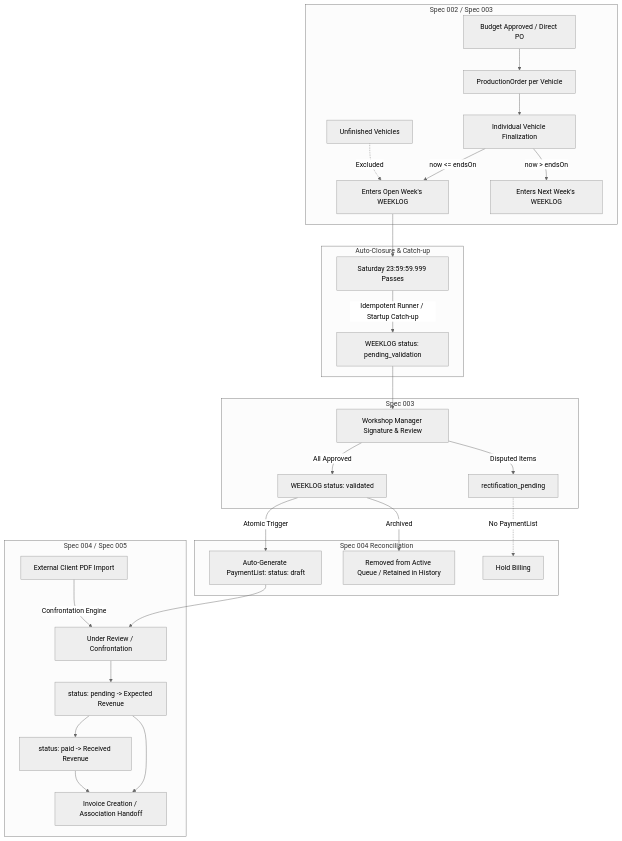
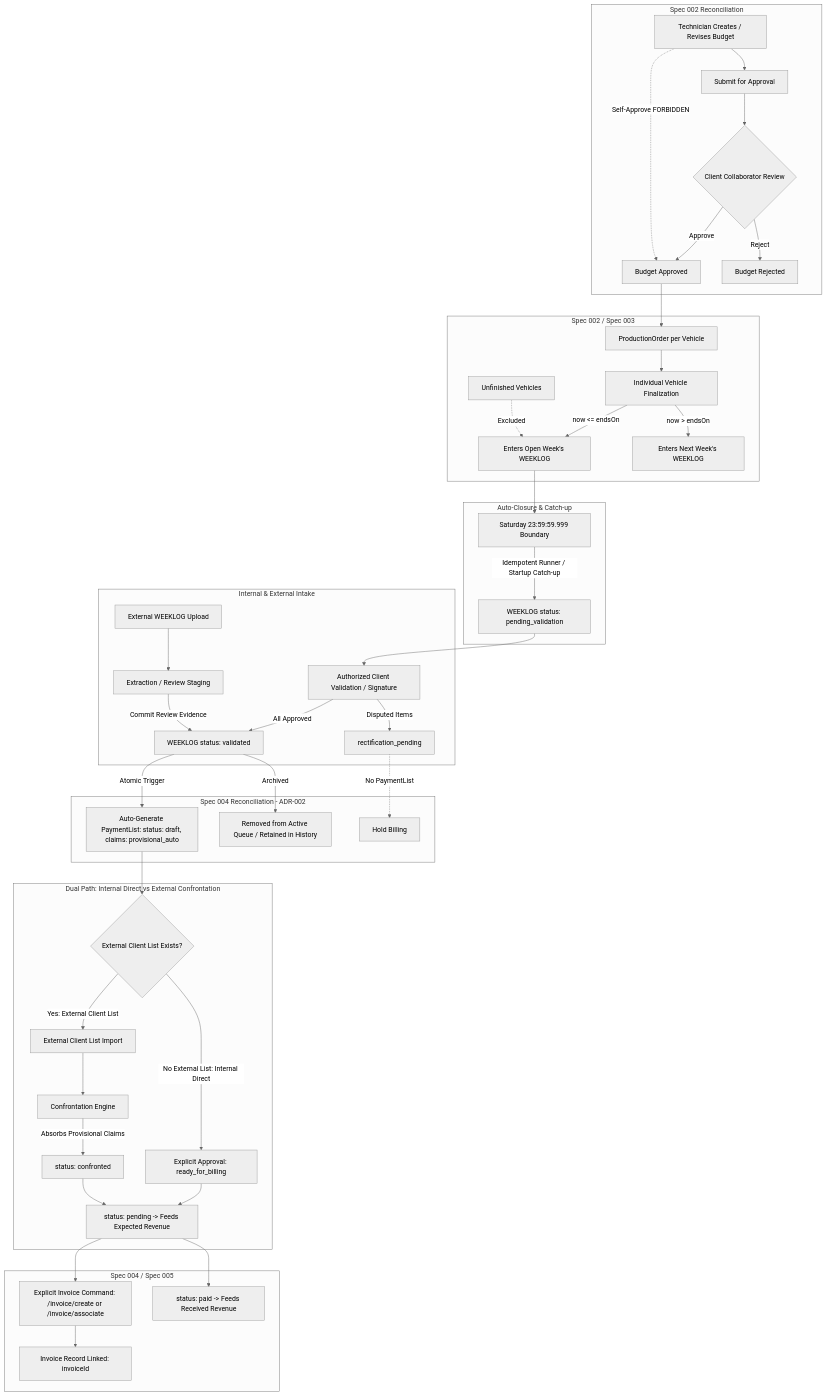
One commit to Alex-Vectis-Projetos/operix changed the diagram in specs/phase1-business-flow-reconciliation/spec.md. Above: the diagram before and after it, drawn with Mermaid (neutral theme). The commit also changed other lines of this file and 5 other files, not shown here.

````diff
--- a/specs/phase1-business-flow-reconciliation/spec.md
+++ b/specs/phase1-business-flow-reconciliation/spec.md
@@ -18,36 +19,53 @@
 ```mermaid
 flowchart TD
-    subgraph Operational_Flow [Spec 002 / Spec 003]
-        BO[Budget Approved / Direct PO] --> PO[ProductionOrder per Vehicle]
+    subgraph Budget_Authorization [Spec 002 Reconciliation]
+        TECH[Technician Creates / Revises Budget] --> SUBMIT[Submit for Approval]
+        SUBMIT --> CL_APP{Client Collaborator Review}
+        CL_APP -->|Approve| B_APP[Budget Approved]
+        CL_APP -->|Reject| B_REJ[Budget Rejected]
+        TECH -.->|Self-Approve FORBIDDEN| B_APP
+    end
+
+    subgraph Operational_Production [Spec 002 / Spec 003]
+        B_APP --> PO[ProductionOrder per Vehicle]
         PO --> FIN[Individual Vehicle Finalization]
         FIN -->|now <= endsOn| WLE[Enters Open Week's WEEKLOG]
         FIN -->|now > endsOn| WLENext[Enters Next Week's WEEKLOG]
         UNF[Unfinished Vehicles] -.->|Excluded| WLE
     end
 
     subgraph Weekly_Boundary [Auto-Closure & Catch-up]
-        WLE --> CL[Saturday 23:59:59.999 Passes]
+        WLE --> CL[Saturday 23:59:59.999 Boundary]
         CL -->|Idempotent Runner / Startup Catch-up| PV[WEEKLOG status: pending_validation]
     end
 
-    subgraph Governance [Spec 003]
-        PV --> VAL[Workshop Manager Signature & Review]
+    subgraph Dual_Weeklog_Validation [Internal & External Intake]
+        PV --> VAL[Authorized Client Validation / Signature]
         VAL -->|All Approved| VLD[WEEKLOG status: validated]
         VAL -->|Disputed Items| RECT[rectification_pending]
+        EXT_WL[External WEEKLOG Upload] --> EXT_STG[Extraction / Review Staging]
+        EXT_STG -->|Commit Review Evidence| VLD
     end
 
-    subgraph Commercial_Handoff [Spec 004 Reconciliation]
-        VLD -->|Atomic Trigger| APL[Auto-Generate PaymentList: status: draft]
+    subgraph Commercial_Handoff [Spec 004 Reconciliation - ADR-002]
+        VLD -->|Atomic Trigger| APL[Auto-Generate PaymentList: status: draft, claims: provisional_auto]
         VLD -->|Archived| WLACT[Removed from Active Queue / Retained in History]
         RECT -.->|No PaymentList| NO_LIST[Hold Billing]
     end
 
-    subgraph Commercial_Billing [Spec 004 / Spec 005]
-        APL --> PL_REV[Under Review / Confrontation]
-        EXT[External Client PDF Import] -->|Confrontation Engine| PL_REV
-        PL_REV --> PL_PEND[status: pending -> Expected Revenue]
-        PL_PEND --> PL_PAID[status: paid -> Received Revenue]
-        PL_PEND --> INV[Invoice Creation / Association Handoff]
-        PL_PAID --> INV
+    subgraph Commercial_Resolution [Dual Path: Internal Direct vs External Confrontation]
+        APL --> PATH_DECISION{External Client List Exists?}
+        PATH_DECISION -->|No External List: Internal Direct| PL_CONFIRM[Explicit Approval: ready_for_billing]
+        PL_CONFIRM --> PL_PEND[status: pending -> Feeds Expected Revenue]
+        PATH_DECISION -->|Yes: External Client List| EXT_IMPORT[External Client List Import]
+        EXT_IMPORT --> CONF[Confrontation Engine]
+        CONF -->|Absorbs Provisional Claims| PL_CONFRONTED[status: confronted]
+        PL_CONFRONTED --> PL_PEND
+    end
+
+    subgraph Billing_And_Finance [Spec 004 / Spec 005]
+        PL_PEND --> INV_CMD[Explicit Invoice Command: /invoice/create or /invoice/associate]
+        INV_CMD --> INV[Invoice Record Linked: invoiceId]
+        PL_PEND --> PL_PAID[status: paid -> Feeds Received Revenue]
     end
 ```
````
